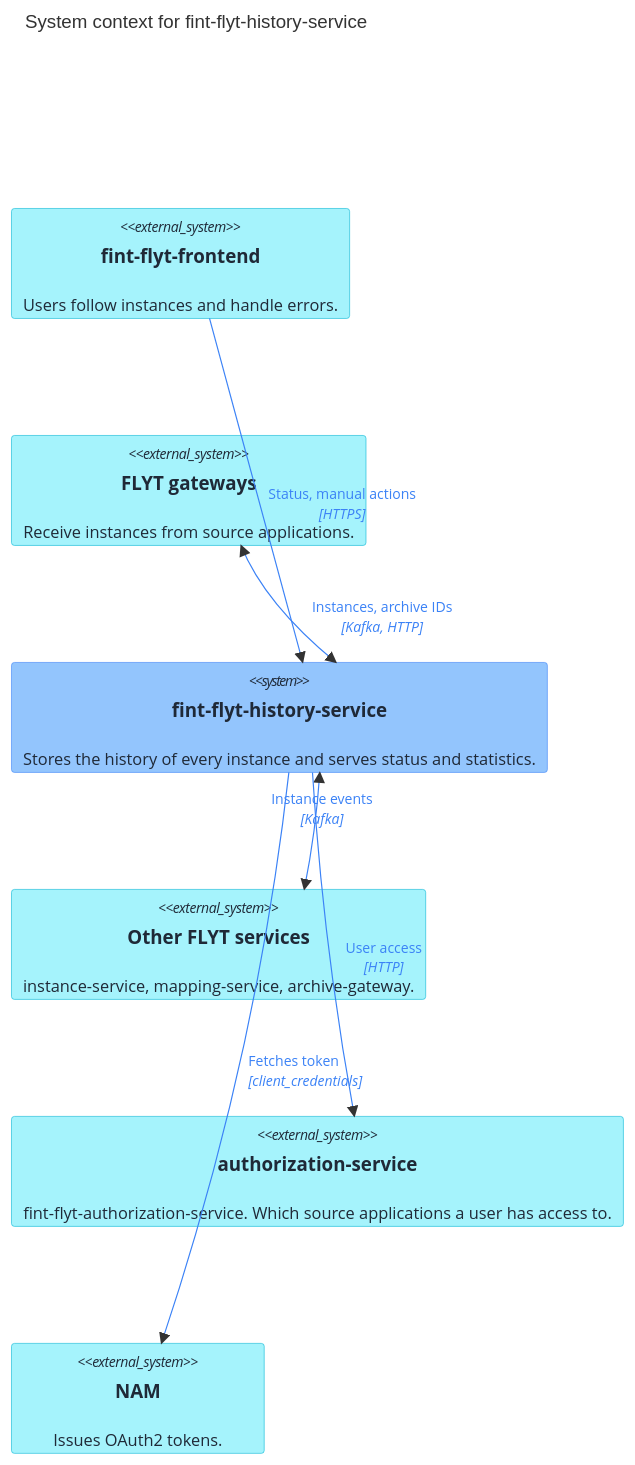
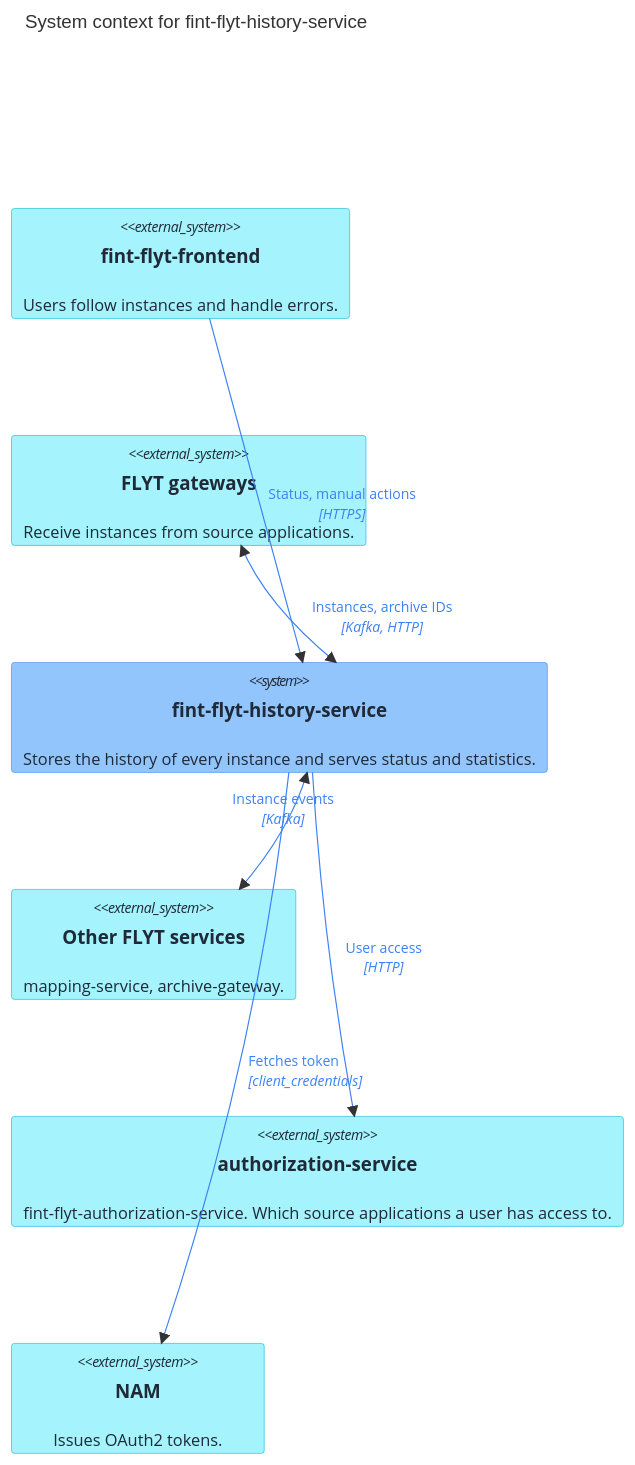
The first of 7 diagrams in docs/architecture.md (FINTLabs/fint-flyt-history-service), drawn with Mermaid before and after one commit. The commit also changed other lines of this file and 119 other files, not shown here.

````diff
--- a/docs/architecture.md
+++ b/docs/architecture.md
@@ -11,30 +11,30 @@
 ```mermaid
 C4Context
     title System context for fint-flyt-history-service
 
     System_Ext(frontend, "fint-flyt-frontend", "Users follow instances and handle errors.")
     System_Ext(gateways, "FLYT gateways", "Receive instances from source applications.")
     System(history, "fint-flyt-history-service", "Stores the history of every instance and serves status and statistics.")
-    System_Ext(services, "Other FLYT services", "instance-service, mapping-service, archive-gateway.")
+    System_Ext(services, "Other FLYT services", "mapping-service, archive-gateway.")
     System_Ext(authz, "authorization-service", "fint-flyt-authorization-service. Which source applications a user has access to.")
     System_Ext(idp, "NAM", "Issues OAuth2 tokens.")
 
     Rel(frontend, history, "Status, manual actions", "HTTPS")
     BiRel(gateways, history, "Instances, archive IDs", "Kafka, HTTP")
     BiRel(history, services, "Instance events", "Kafka")
     Rel(history, authz, "User access", "HTTP")
     Rel(history, idp, "Fetches token", "client_credentials")
 
     UpdateRelStyle(frontend, history, $textColor="#3B82F6", $lineColor="#3B82F6", $offsetX="10")
     UpdateRelStyle(gateways, history, $textColor="#3B82F6", $lineColor="#3B82F6", $offsetX="20")
     UpdateRelStyle(history, services, $textColor="#3B82F6", $lineColor="#3B82F6", $offsetX="-35", $offsetY="-30")
     UpdateRelStyle(history, authz, $textColor="#3B82F6", $lineColor="#3B82F6", $offsetX="10")
     UpdateRelStyle(history, idp, $textColor="#3B82F6", $lineColor="#3B82F6", $offsetX="20")
     UpdateElementStyle(history, $bgColor="#93C5FD", $fontColor="#1F2937", $borderColor="#3B82F6")
     UpdateElementStyle(frontend, $bgColor="#A5F3FC", $fontColor="#1F2937", $borderColor="#06B6D4")
     UpdateElementStyle(gateways, $bgColor="#A5F3FC", $fontColor="#1F2937", $borderColor="#06B6D4")
     UpdateElementStyle(services, $bgColor="#A5F3FC", $fontColor="#1F2937", $borderColor="#06B6D4")
     UpdateElementStyle(authz, $bgColor="#A5F3FC", $fontColor="#1F2937", $borderColor="#06B6D4")
     UpdateElementStyle(idp, $bgColor="#A5F3FC", $fontColor="#1F2937", $borderColor="#06B6D4")
     UpdateLayoutConfig($c4ShapeInRow="2", $c4BoundaryInRow="1")
 ```
````
